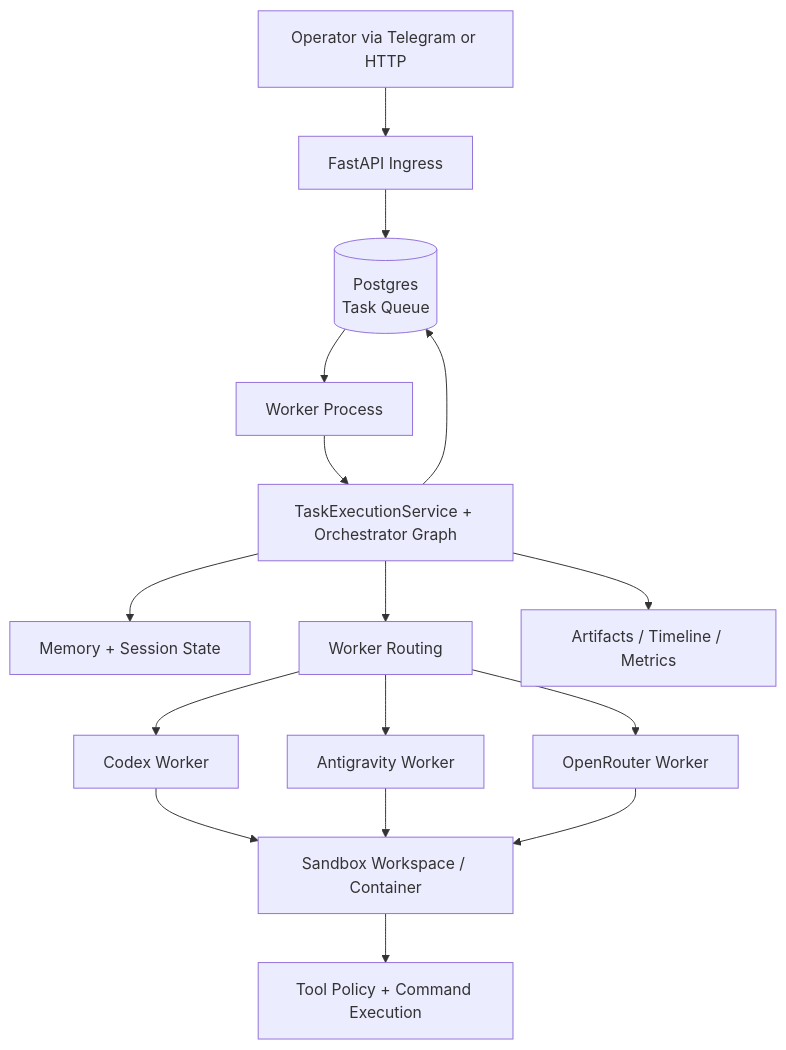
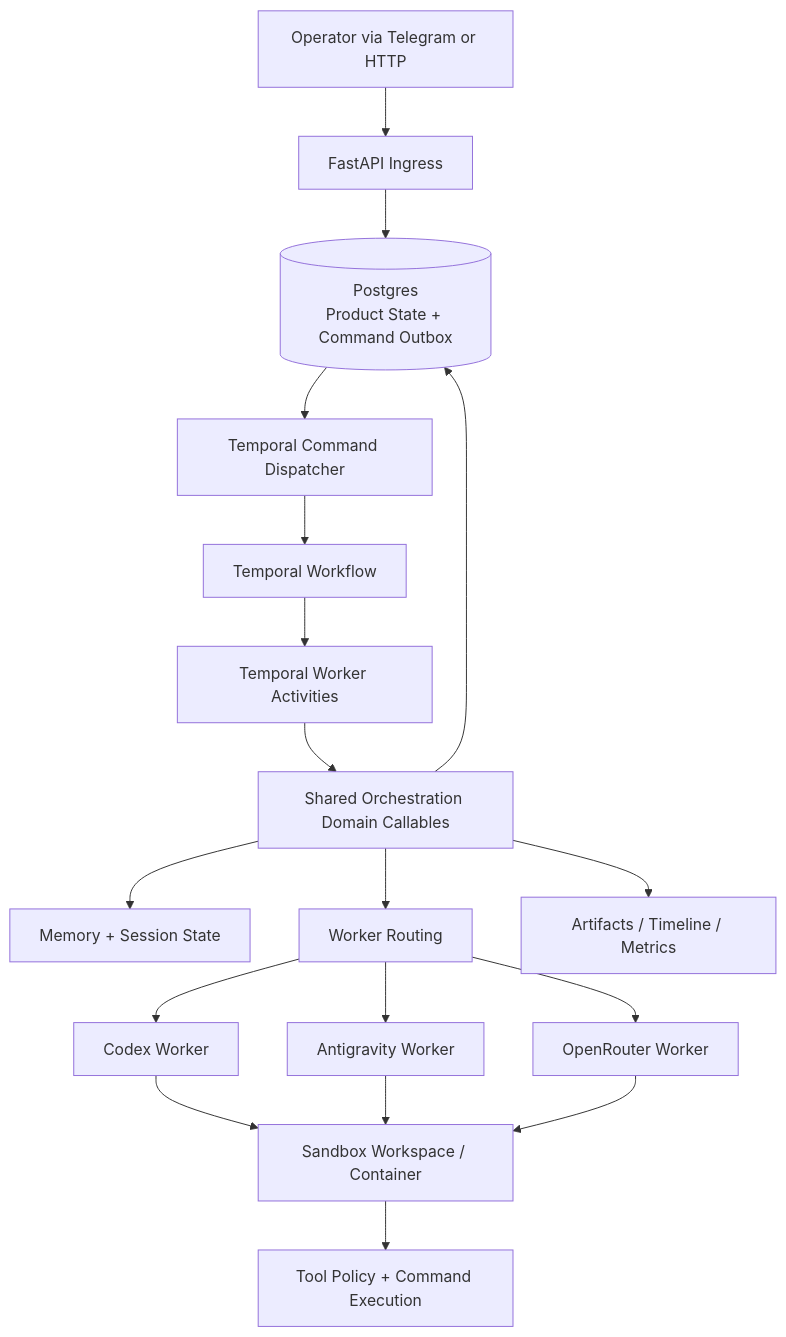
Before and after one commit to natanayalo/code-agent: the diagram in docs/architecture.md, drawn with Mermaid. The commit also changed other lines of this file and 83 other files, not shown here.

Commit message:
refactor: retire legacy task execution runtime

````diff
--- a/docs/architecture.md
+++ b/docs/architecture.md
@@ -164,22 +164,23 @@
 ```mermaid
 flowchart TD
     U[Operator via Telegram or HTTP] --> API[FastAPI Ingress]
-    API --> DB[(Postgres<br/>Task Queue)]
-
-    DB --> W[Worker Process]
-    W --> ORCH[TaskExecutionService + Orchestrator Graph]
+    API --> DB[(Postgres<br/>Product State + Command Outbox)]
+    DB --> DISP[Temporal Command Dispatcher]
+    DISP --> TEMP[Temporal Workflow]
+    TEMP --> W[Temporal Worker Activities]
+    W --> ORCH[Shared Orchestration Domain Callables]
     ORCH --> MEM[Memory + Session State]
     ORCH --> ROUTE[Worker Routing]
 
     ROUTE --> CW[Codex Worker]
     ROUTE --> GW[Antigravity Worker]
     ROUTE --> OW[OpenRouter Worker]
 
     CW --> SB[Sandbox Workspace / Container]
     GW --> SB
     OW --> SB
 
     SB --> TOOLS[Tool Policy + Command Execution]
     ORCH --> ART[Artifacts / Timeline / Metrics]
     ORCH --> DB
 ```
````
